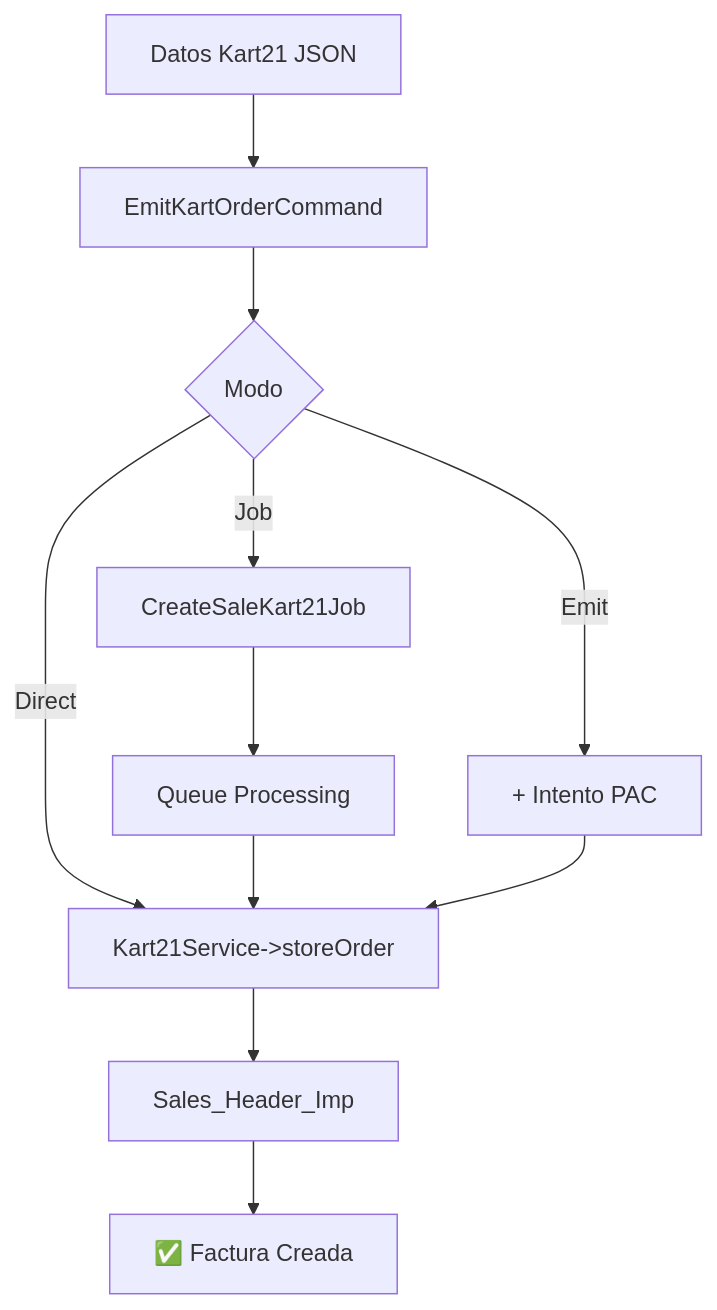
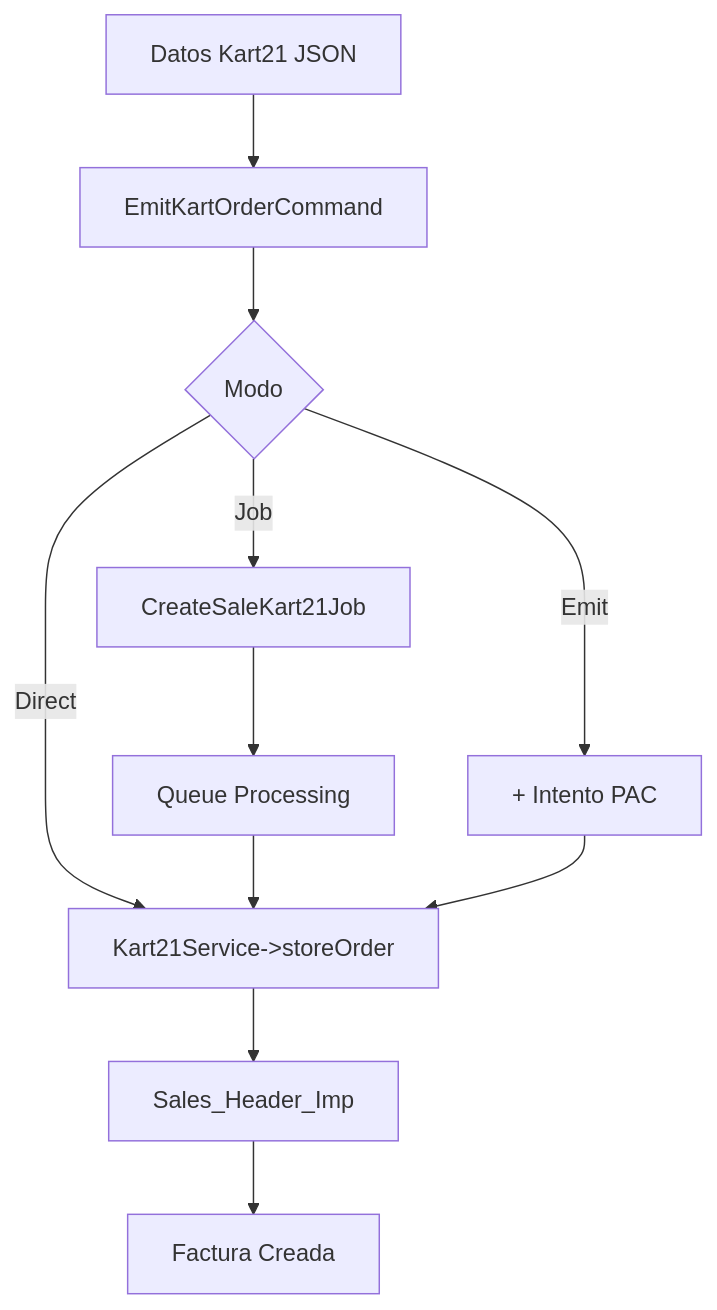
One commit to aghabrego/docucenter-public changed the diagram in docs/testing/kart21-complete-emission-validation.md. Above: the diagram before and after it, drawn with Mermaid. The commit also changed other lines of this file and 1685 other files, not shown here.

````diff
--- a/docs/testing/kart21-complete-emission-validation.md
+++ b/docs/testing/kart21-complete-emission-validation.md
@@ -128,13 +128,13 @@
 ```mermaid
 graph TD
     A[Datos Kart21 JSON] --> B[EmitKartOrderCommand]
     B --> C{Modo}
     C -->|Direct| D[Kart21Service->storeOrder]
     C -->|Job| E[CreateSaleKart21Job]
     C -->|Emit| F[+ Intento PAC]
     D --> G[Sales_Header_Imp]
     E --> H[Queue Processing]
     H --> D
     F --> D
-    G --> I[✅ Factura Creada]
+    G --> I[Factura Creada]
 ```
````
